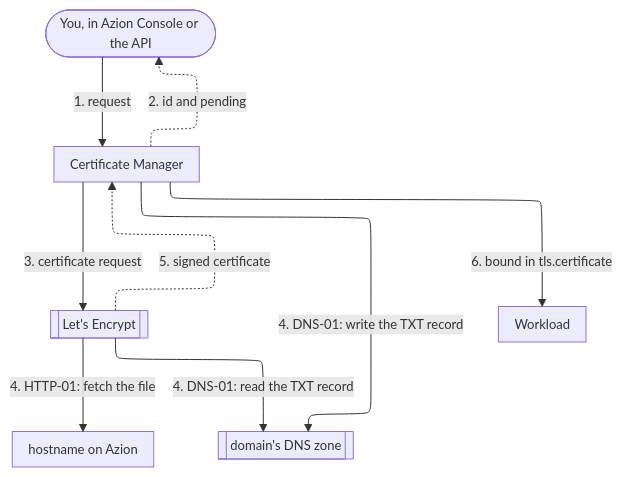
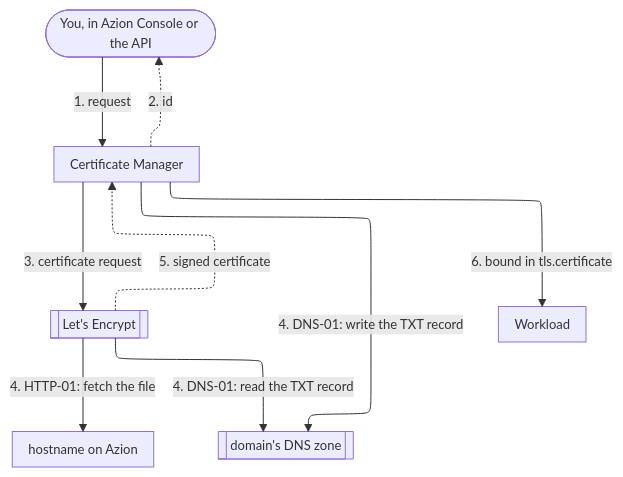
One commit to aziontech/docs changed the first of 2 diagrams in apps/docs/src/content/docs/en/pages/secure/certificate-manager/issuance-and-renewal.mdx. Above: the diagram before and after it, drawn with Mermaid. The commit also changed other lines of this file and 13 other files, not shown here.

````diff
--- a/apps/docs/src/content/docs/en/pages/secure/certificate-manager/issuance-and-renewal.mdx
+++ b/apps/docs/src/content/docs/en/pages/secure/certificate-manager/issuance-and-renewal.mdx
@@ -32,18 +32,18 @@
 ```mermaid
 %%{init: {"layout": "elk", "elk": {"preset": "modelOrder", "keepEntryNodeOnTop": true}, "themeVariables": {"fontSize": "13px"}, "flowchart": {"nodeSpacing": 24, "rankSpacing": 36, "padding": 8, "wrappingWidth": 150, "useMaxWidth": true}, "sequence": {"width": 120, "actorMargin": 30, "useMaxWidth": true}}}%%
 flowchart TD
   You(["You, in Azion Console or the API"])
   CM["Certificate Manager"]
   LE[["Let's Encrypt"]]
   Host["hostname on Azion"]
   DNS[["domain's DNS zone"]]
   WL["Workload"]
   You -->|"1. request"| CM
-  CM -.->|"2. id and pending"| You
+  CM -.->|"2. id"| You
   CM -->|"3. certificate request"| LE
   LE -->|"4. HTTP-01: fetch the file"| Host
   CM -->|"4. DNS-01: write the TXT record"| DNS
   LE -->|"4. DNS-01: read the TXT record"| DNS
   LE -.->|"5. signed certificate"| CM
   CM -->|"6. bound in tls.certificate"| WL
 ```
````
